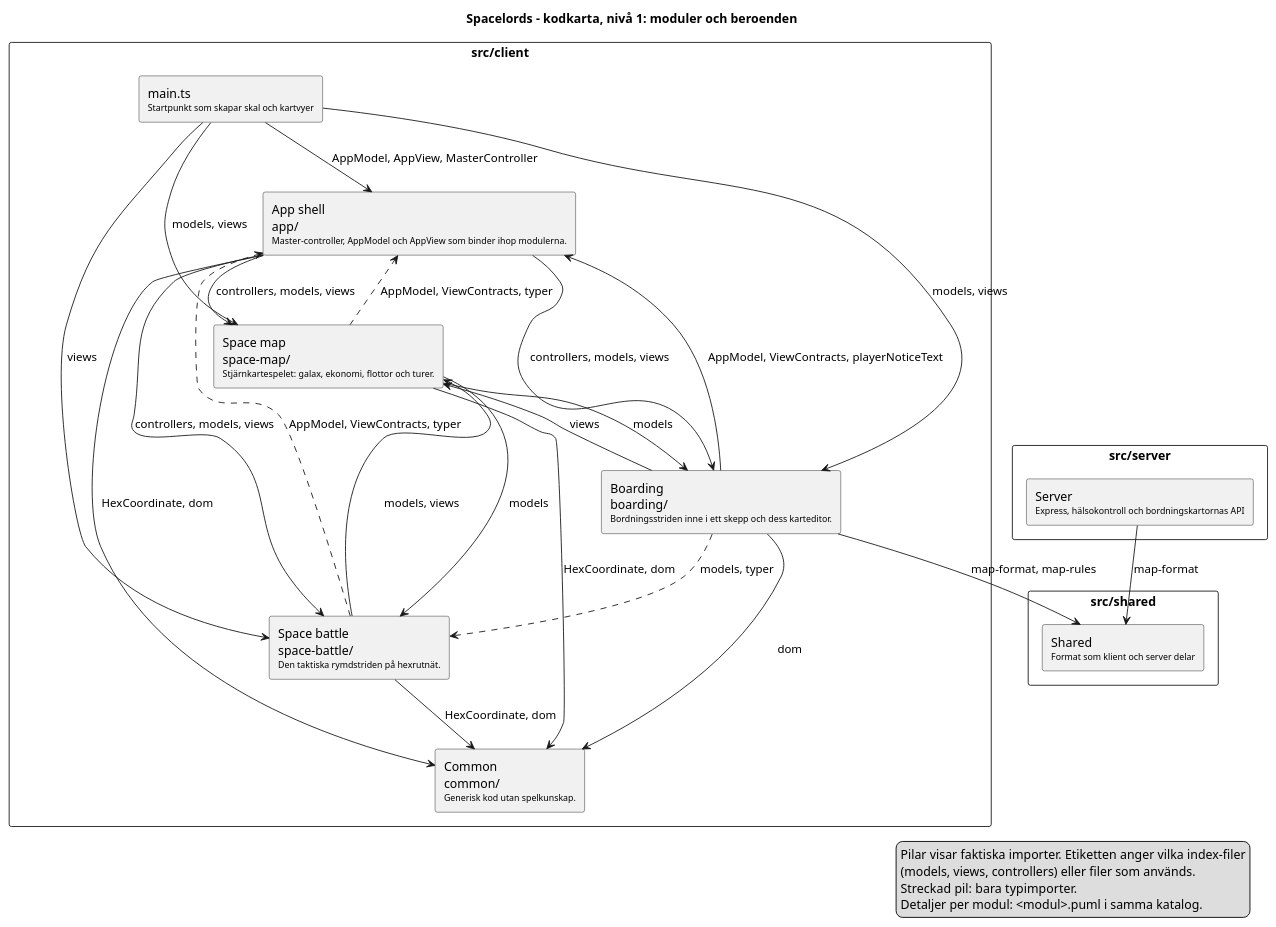
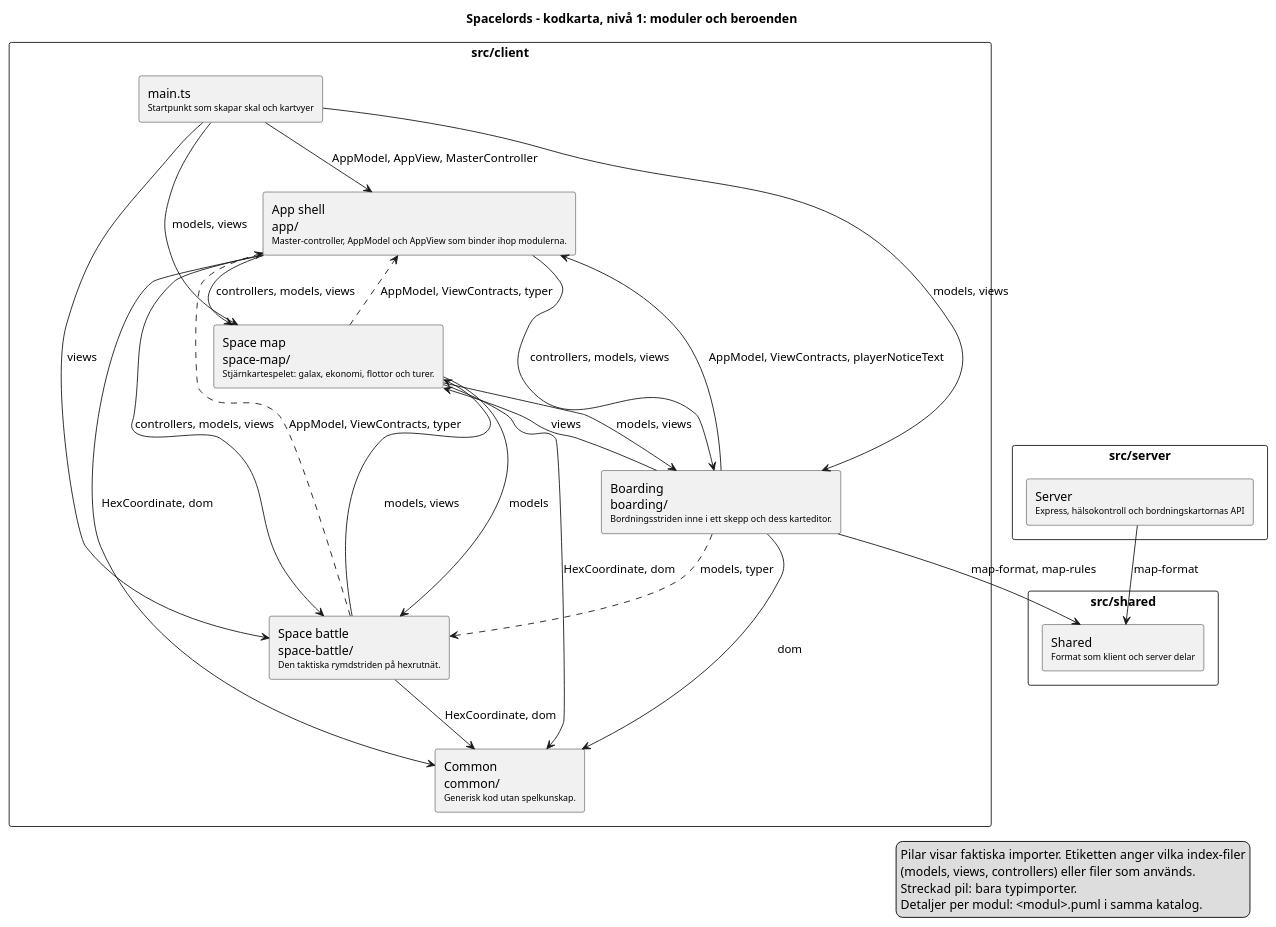
One commit to dntoll/spacelords changed the diagram in docs/architecture/overview.puml. Above: the diagram before and after it, drawn with PlantUML. The commit also changed 34 other files, not shown here.

```diff
--- a/docs/architecture/overview.puml
+++ b/docs/architecture/overview.puml
@@ -1,48 +1,48 @@
 @startuml
 ' Generated by scripts/architecture-map.mjs from architecture.config.mjs and
 ' the imports in src/. Do not edit by hand; run npm run architecture:map.
 title Spacelords – kodkarta, nivå 1: moduler och beroenden
 skinparam packageStyle rectangle
 skinparam shadowing false
 package "src/client" {
   rectangle "main.ts\n<size:10>Startpunkt som skapar skal och kartvyer</size>" as main
   rectangle "App shell\napp/\n<size:10>Master-controller, AppModel och AppView som binder ihop modulerna.</size>" as app
   rectangle "Common\ncommon/\n<size:10>Generisk kod utan spelkunskap.</size>" as common
   rectangle "Space map\nspace-map/\n<size:10>Stjärnkartespelet: galax, ekonomi, flottor och turer.</size>" as space_map
   rectangle "Space battle\nspace-battle/\n<size:10>Den taktiska rymdstriden på hexrutnät.</size>" as space_battle
   rectangle "Boarding\nboarding/\n<size:10>Bordningsstriden inne i ett skepp och dess karteditor.</size>" as boarding
 }
 package "src/shared" {
   rectangle "Shared\n<size:10>Format som klient och server delar</size>" as shared
 }
 package "src/server" {
   rectangle "Server\n<size:10>Express, hälsokontroll och bordningskartornas API</size>" as server
 }
 app --> boarding : controllers, models, views
 app --> common : HexCoordinate, dom
 app --> space_battle : controllers, models, views
 app --> space_map : controllers, models, views
 boarding --> app : AppModel, ViewContracts, playerNoticeText
 boarding --> common : dom
 boarding --> shared : map-format, map-rules
 boarding ..> space_battle : models, typer
 boarding --> space_map : views
 main --> app : AppModel, AppView, MasterController
 main --> boarding : models, views
 main --> space_battle : views
 main --> space_map : models, views
 server --> shared : map-format
 space_battle ..> app : AppModel, ViewContracts, typer
 space_battle --> common : HexCoordinate, dom
 space_battle --> space_map : models, views
 space_map ..> app : AppModel, ViewContracts, typer
-space_map --> boarding : models
+space_map --> boarding : models, views
 space_map --> common : HexCoordinate, dom
 space_map --> space_battle : models
 legend right
   Pilar visar faktiska importer. Etiketten anger vilka index-filer
   (models, views, controllers) eller filer som används.
   Streckad pil: bara typimporter.
   Detaljer per modul: <modul>.puml i samma katalog.
 endlegend
 @enduml
```
